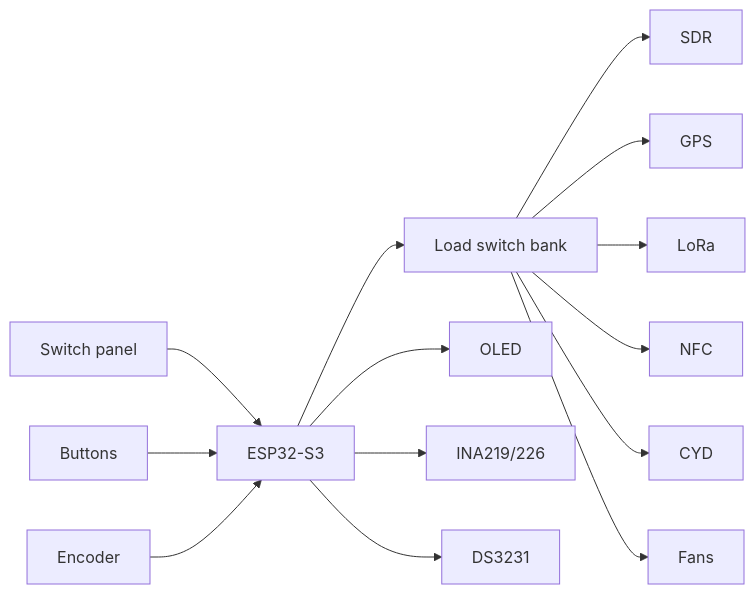
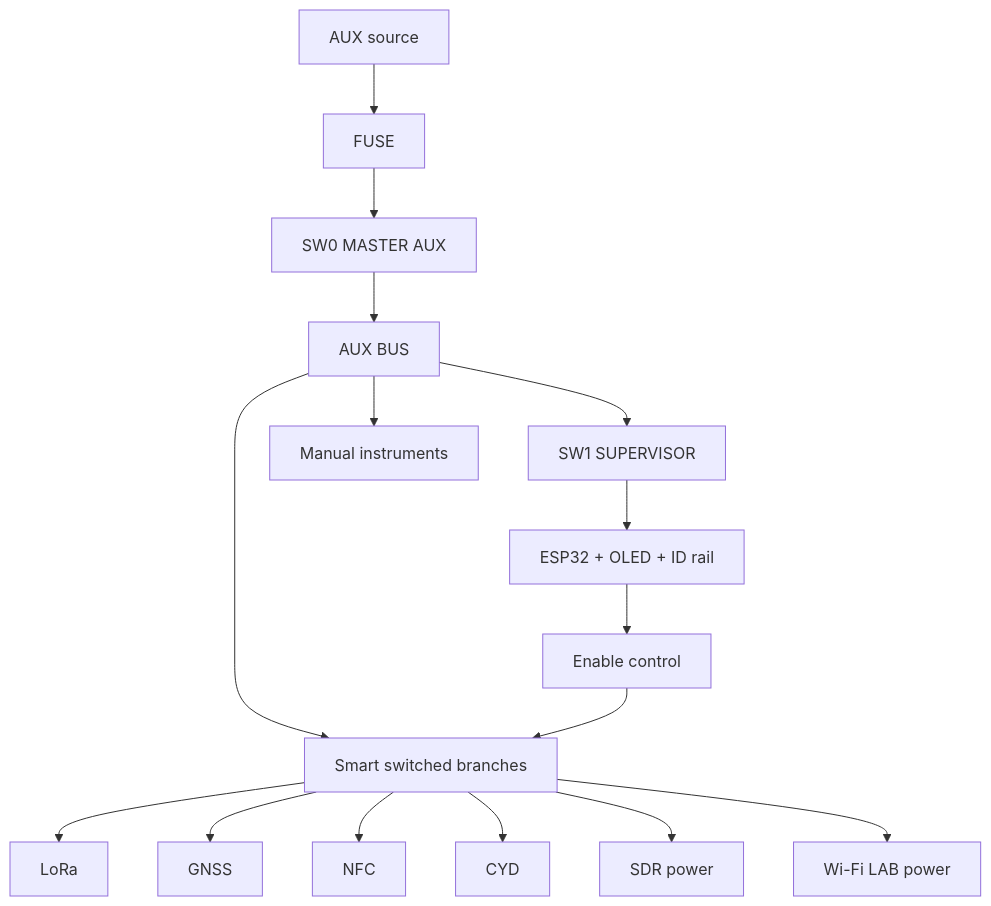
Before and after one commit to Jesus-Medina/Cyberdeck-R5-ESP32: the diagram in docs/10-assembly-map.md, drawn with Mermaid. The commit also changed other lines of this file, not shown here.

Commit message:
docs: add master aux and supervisor hard-off wiring to assembly map

````diff
--- a/docs/10-assembly-map.md
+++ b/docs/10-assembly-map.md
@@ -60,18 +54,22 @@
 ```mermaid
-flowchart LR
-    SW["Switch panel"] --> ESP["ESP32-S3"]
-    BTN["Buttons"] --> ESP
-    ENC["Encoder"] --> ESP
+flowchart TB
+    AUX["AUX source"] --> F["FUSE"]
+    F --> SW0["SW0 MASTER AUX"]
+    SW0 --> BUS["AUX BUS"]
 
-    ESP --> LS["Load switch bank"]
-    LS --> SDR["SDR"]
-    LS --> GPS["GPS"]
-    LS --> LORA["LoRa"]
-    LS --> NFC["NFC"]
-    LS --> CYD["CYD"]
-    LS --> FAN["Fans"]
+    BUS --> SW1["SW1 SUPERVISOR"]
+    SW1 --> SUP["ESP32 + OLED + ID rail"]
 
-    ESP --> OLED["OLED"]
-    ESP --> INA["INA219/226"]
-    ESP --> RTC["DS3231"]
+    BUS --> BP["Smart switched branches"]
+    BUS --> LAB["Manual instruments"]
+
+    SUP --> EN["Enable control"]
+    EN --> BP
+
+    BP --> LORA["LoRa"]
+    BP --> GPS["GNSS"]
+    BP --> NFC["NFC"]
+    BP --> CYD["CYD"]
+    BP --> SDR["SDR power"]
+    BP --> WIFI["Wi-Fi LAB power"]
 ```
````
